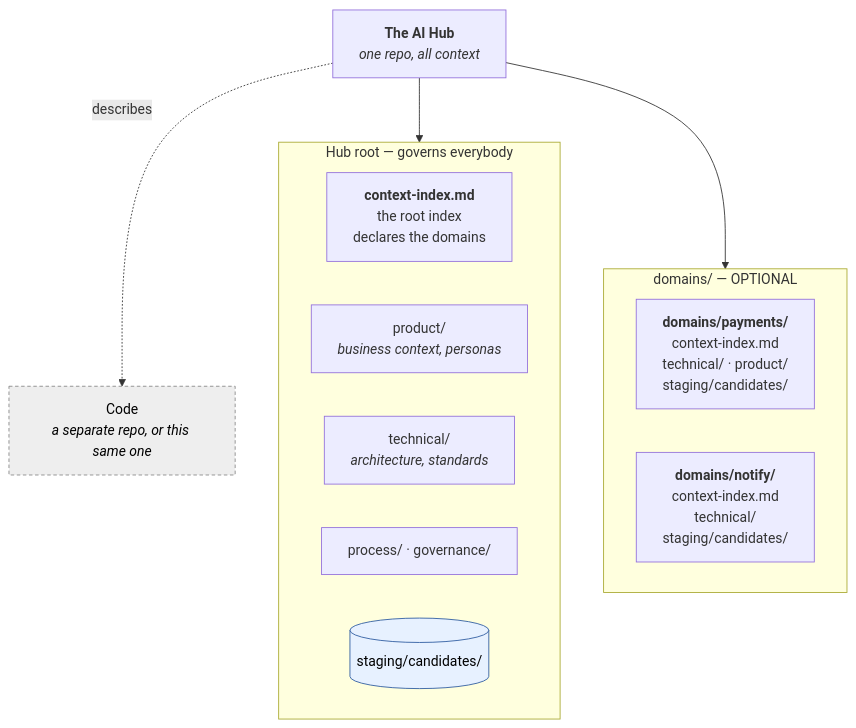
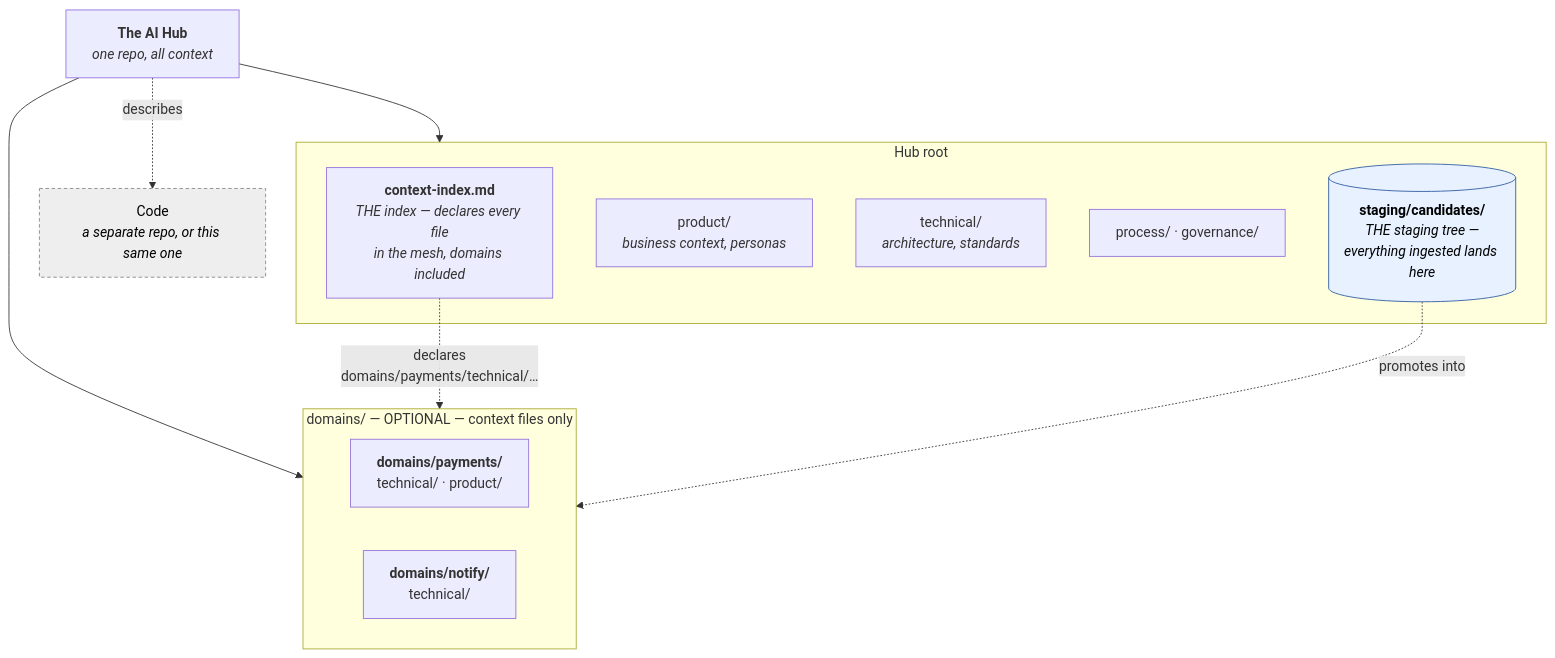
Before and after one commit to mitchell-ee/context-mesh-claude: the second of 2 diagrams in docs/how-it-works.md, drawn with Mermaid. The commit also changed other lines of this file and 11 other files, not shown here.

First line of the commit message:
ee-context-mesh 0.17.0

````diff
--- a/docs/how-it-works.md
+++ b/docs/how-it-works.md
@@ -112,29 +112,31 @@
 ```mermaid
 flowchart TD
     HUB["<b>The AI Hub</b><br/><i>one repo, all context</i>"]
 
-    subgraph ROOT["Hub root — governs everybody"]
-        RI["<b>context-index.md</b><br/>the root index<br/>declares the domains"]
+    subgraph ROOT["Hub root"]
+        RI["<b>context-index.md</b><br/><i>THE index — declares every file<br/>in the mesh, domains included</i>"]
         RP["product/<br/><i>business context, personas</i>"]
         RT["technical/<br/><i>architecture, standards</i>"]
         RG["process/ · governance/"]
-        RS[("staging/candidates/")]
+        RS[("<b>staging/candidates/</b><br/><i>THE staging tree —<br/>everything ingested lands here</i>")]
     end
 
-    subgraph DOMS["domains/ — OPTIONAL"]
+    subgraph DOMS["domains/ — OPTIONAL — context files only"]
         direction LR
-        D1["<b>domains/payments/</b><br/>context-index.md<br/>technical/ · product/<br/>staging/candidates/"]
-        D2["<b>domains/notify/</b><br/>context-index.md<br/>technical/<br/>staging/candidates/"]
+        D1["<b>domains/payments/</b><br/>technical/ · product/"]
+        D2["<b>domains/notify/</b><br/>technical/"]
     end
 
     HUB --> ROOT
     HUB --> DOMS
+    RI -.->|"declares<br/>domains/payments/technical/…"| DOMS
+    RS -.->|"promotes into"| DOMS
 
     CODE["Code<br/><i>a separate repo, or this same one</i>"]
     HUB -.->|"describes"| CODE
 
     classDef stage fill:#e7f1ff,stroke:#2c5aa0,color:#000
     classDef ext fill:#eee,stroke:#888,stroke-dasharray:4 3,color:#000
     class RS stage
     class CODE ext
 ```
````
